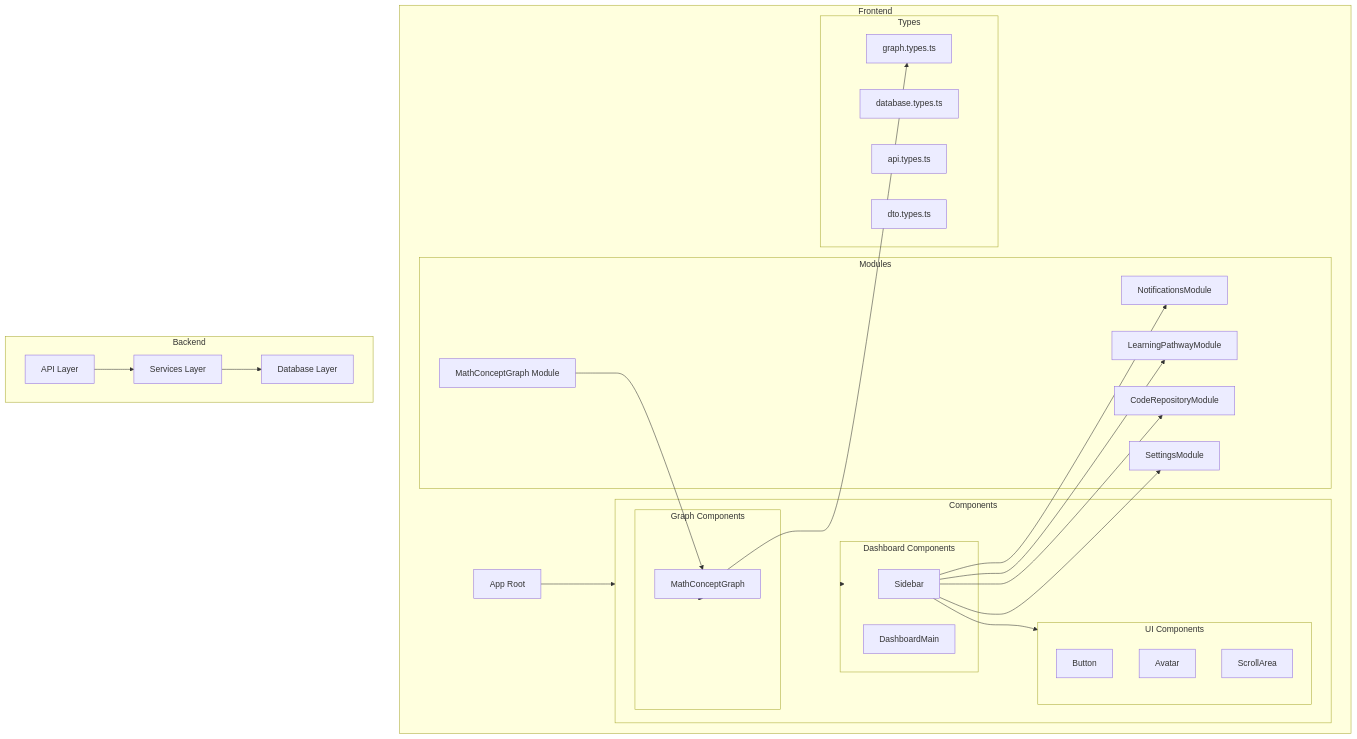
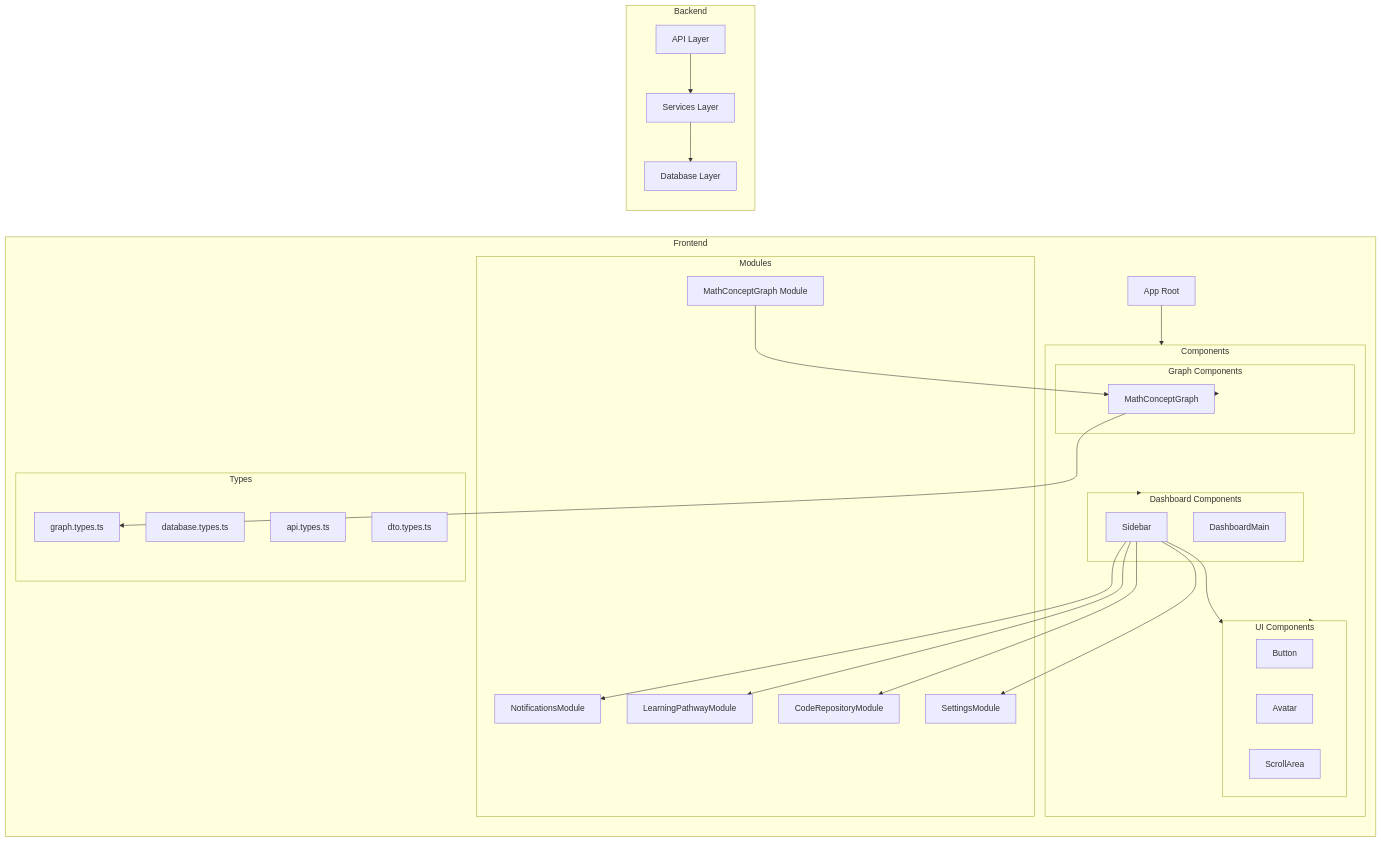
Before and after one commit to fractal-bootcamp/fractal-math: the diagram in ref/Alt_Codebase_Structure.md, drawn with Mermaid. The commit also changed 2 other files, not shown here.

Commit message:
add updated system diagram

````diff
--- a/ref/Alt_Codebase_Structure.md
+++ b/ref/Alt_Codebase_Structure.md
@@ -3,53 +3,53 @@
 ```mermaid
-graph TD
+graph LR
 subgraph Frontend
 App[App Root]
 subgraph Components
 subgraph UI["UI Components"]
 Button["Button"]
 Avatar["Avatar"]
 ScrollArea["ScrollArea"]
 end
 subgraph Dashboard["Dashboard Components"]
 Sidebar["Sidebar"]
 DashboardMain["DashboardMain"]
 end
 subgraph Graphs["Graph Components"]
 MathConceptGraph["MathConceptGraph"]
 end
 end
 subgraph Modules["Modules"]
 MCG["MathConceptGraph Module"]
 NM["NotificationsModule"]
 LPM["LearningPathwayModule"]
 CRM["CodeRepositoryModule"]
 SM["SettingsModule"]
 end
 subgraph Types["Types"]
 GraphTypes["graph.types.ts"]
 DatabaseTypes["database.types.ts"]
 APITypes["api.types.ts"]
 DTOTypes["dto.types.ts"]
 end
 end
 subgraph Backend
 API["API Layer"]
 Services["Services Layer"]
 Database["Database Layer"]
 end
 %% Connections
 App --> Components
 Components --> UI
 Components --> Dashboard
 Components --> Graphs
 Sidebar --> UI
 MathConceptGraph --> GraphTypes
 MCG --> MathConceptGraph
 API --> Services
 Services --> Database
 %% Module connections
 Sidebar --> NM
 Sidebar --> LPM
 Sidebar --> CRM
 Sidebar --> SM
 ```
````
